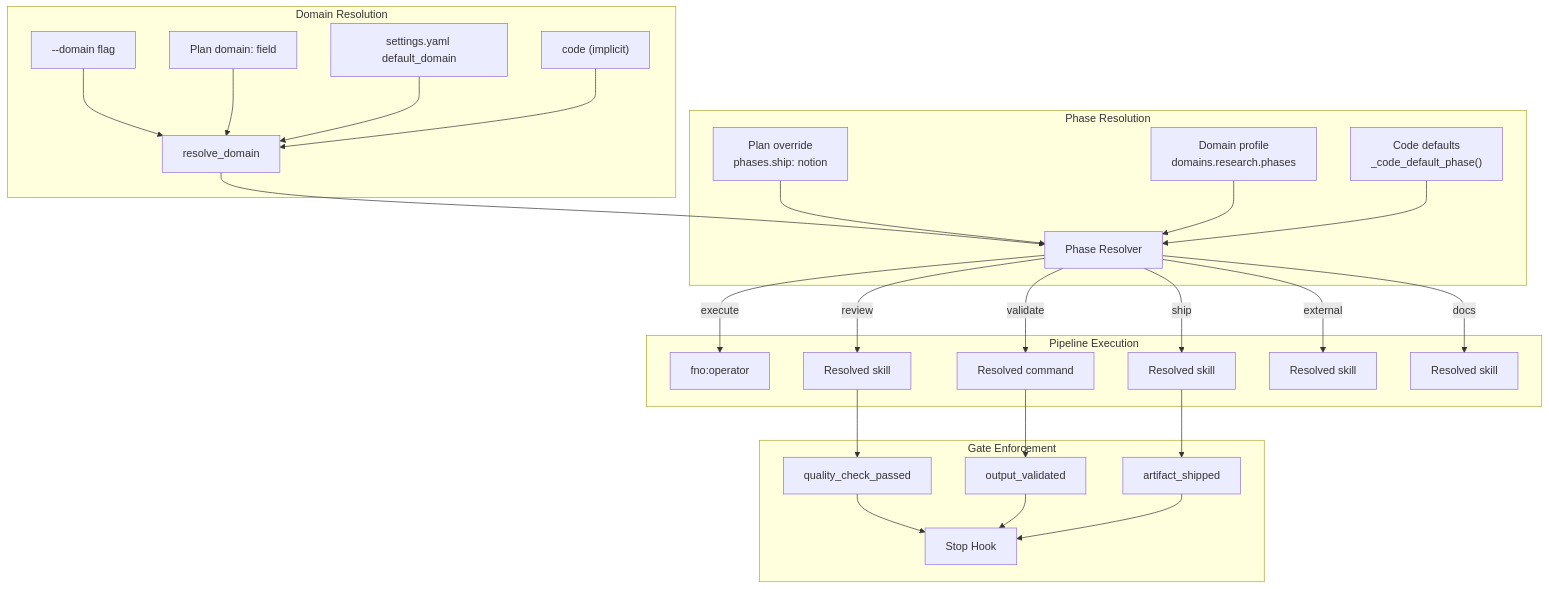
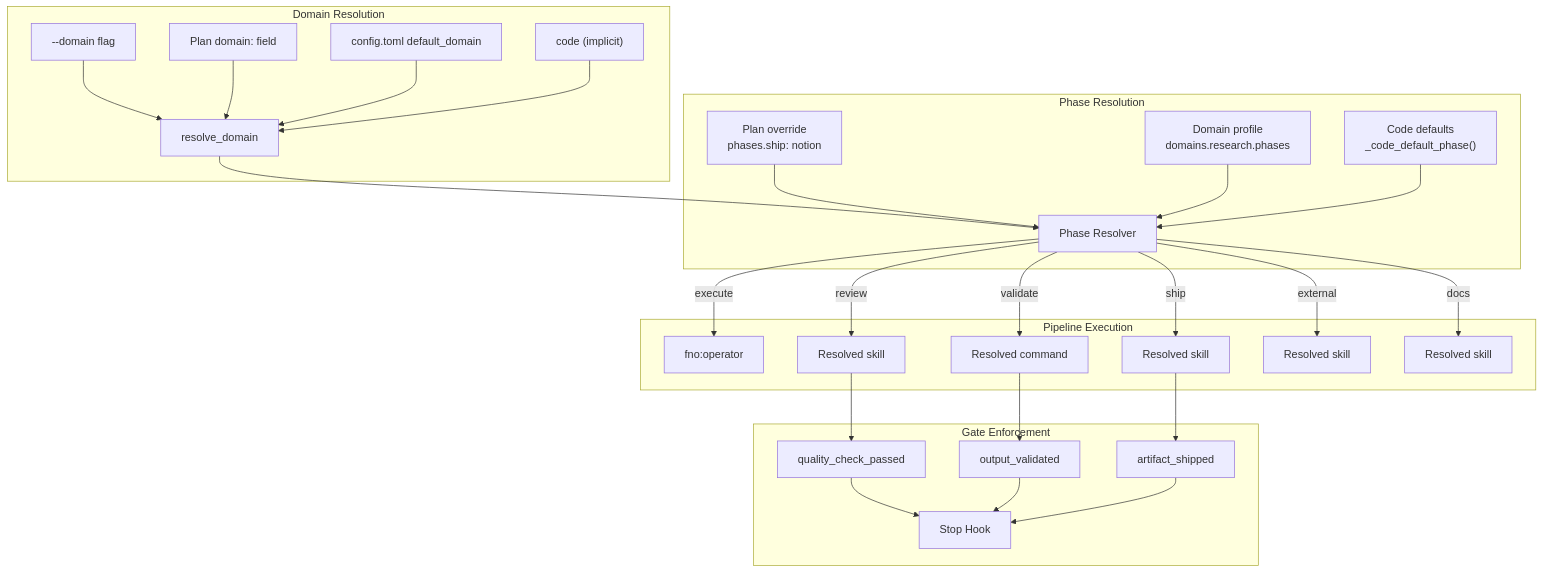
The diagram in docs/architecture/domain-agnostic-pipeline.md (bllshttng/footnote), drawn with Mermaid before and after one commit. The commit also changed other lines of this file and 92 other files, not shown here.

First line of the commit message:
docs+scripts: flip settings.yaml -> config.toml references

````diff
--- a/docs/architecture/domain-agnostic-pipeline.md
+++ b/docs/architecture/domain-agnostic-pipeline.md
@@ -14,39 +14,39 @@
 ```mermaid
 graph TD
     subgraph "Domain Resolution"
         FLAG["--domain flag"]
         PLAN["Plan domain: field"]
-        SETTINGS["settings.yaml default_domain"]
+        SETTINGS["config.toml default_domain"]
         DEFAULT["code (implicit)"]
         FLAG --> RD
         PLAN --> RD
         SETTINGS --> RD
         DEFAULT --> RD
         RD[resolve_domain]
     end
 
     subgraph "Phase Resolution"
         RD --> PR[Phase Resolver]
         PO["Plan override<br/>phases.ship: notion"] --> PR
         DP["Domain profile<br/>domains.research.phases"] --> PR
         CD["Code defaults<br/>_code_default_phase()"] --> PR
     end
 
     subgraph "Pipeline Execution"
         PR --> |"execute"| DOING[fno:operator]
         PR --> |"review"| REVIEW["Resolved skill"]
         PR --> |"validate"| VALIDATE["Resolved command"]
         PR --> |"ship"| SHIP["Resolved skill"]
         PR --> |"external"| EXT["Resolved skill"]
         PR --> |"docs"| DOCS["Resolved skill"]
     end
 
     subgraph "Gate Enforcement"
         REVIEW --> GQ[quality_check_passed]
         VALIDATE --> GO[output_validated]
         SHIP --> GA[artifact_shipped]
         GQ --> HOOK[Stop Hook]
         GO --> HOOK
         GA --> HOOK
     end
 ```
````
